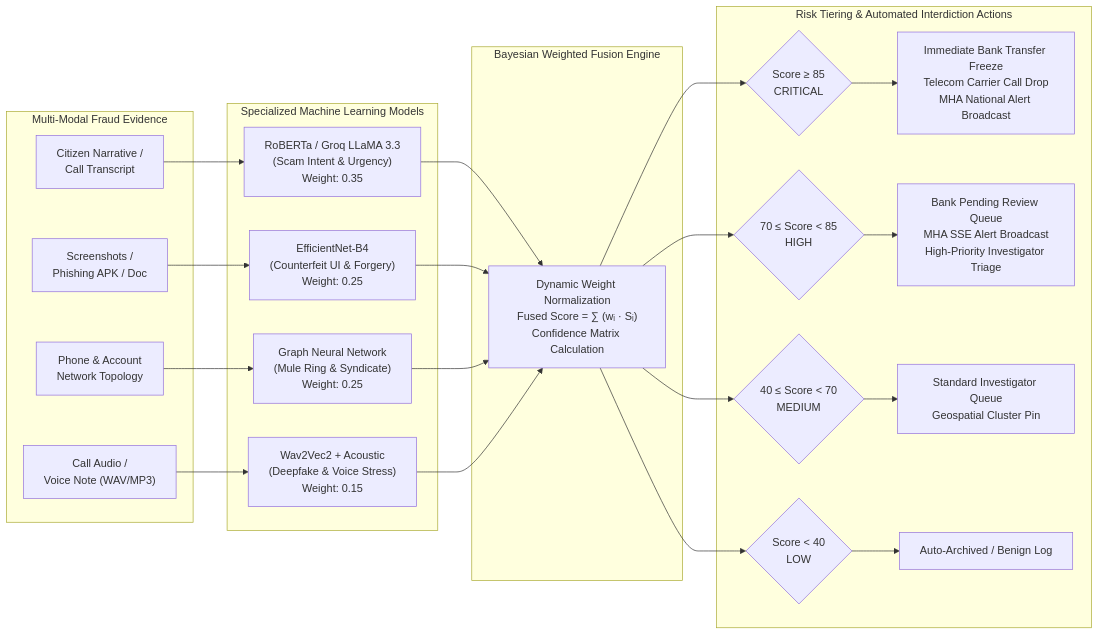
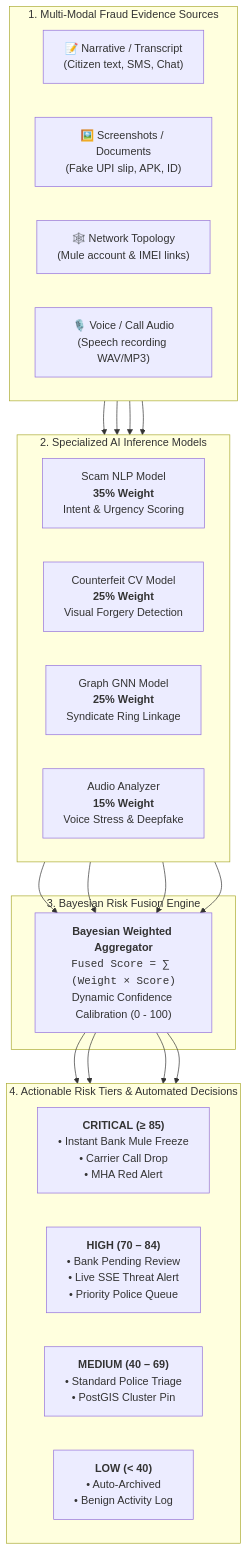
The third of 4 diagrams in README.md (surjit10/AI-Powered-Digital-Public-Safety-Platform), drawn with Mermaid before and after one commit. The commit also changed other lines of this file, not shown here.

Commit message:
docs: simplify and enhance all README architecture and sequence Mermaid diagrams

````diff
--- a/README.md
+++ b/README.md
@@ -225,49 +191,47 @@
 ```mermaid
-flowchart LR
-    subgraph Inputs ["Multi-Modal Fraud Evidence"]
-        In_Text["Citizen Narrative /\nCall Transcript"]
-        In_Image["Screenshots /\nPhishing APK / Doc"]
-        In_Graph["Phone & Account\nNetwork Topology"]
-        In_Audio["Call Audio /\nVoice Note (WAV/MP3)"]
+flowchart TD
+    %% Modalities
+    subgraph Evidence ["1. Multi-Modal Fraud Evidence Sources"]
+        direction LR
+        E_Text["📝 Narrative / Transcript<br/>(Citizen text, SMS, Chat)"]
+        E_Img["🖼️ Screenshots / Documents<br/>(Fake UPI slip, APK, ID)"]
+        E_Graph["🕸️ Network Topology<br/>(Mule account & IMEI links)"]
+        E_Audio["🎙️ Voice / Call Audio<br/>(Speech recording WAV/MP3)"]
     end
 
-    subgraph Models ["Specialized Machine Learning Models"]
-        M_NLP["RoBERTa / Groq LLaMA 3.3\n(Scam Intent & Urgency)\nWeight: 0.35"]
-        M_CV["EfficientNet-B4\n(Counterfeit UI & Forgery)\nWeight: 0.25"]
-        M_GNN["Graph Neural Network\n(Mule Ring & Syndicate)\nWeight: 0.25"]
-        M_Voice["Wav2Vec2 + Acoustic\n(Deepfake & Voice Stress)\nWeight: 0.15"]
+    %% AI Models
+    subgraph Models ["2. Specialized AI Inference Models"]
+        direction LR
+        M_NLP["Scam NLP Model<br/><b>35% Weight</b><br/>Intent & Urgency Scoring"]
+        M_CV["Counterfeit CV Model<br/><b>25% Weight</b><br/>Visual Forgery Detection"]
+        M_GNN["Graph GNN Model<br/><b>25% Weight</b><br/>Syndicate Ring Linkage"]
+        M_Audio["Audio Analyzer<br/><b>15% Weight</b><br/>Voice Stress & Deepfake"]
     end
 
-    subgraph Fusion ["Bayesian Weighted Fusion Engine"]
-        F_Calc["Dynamic Weight Normalization\nFused Score = ∑ (wᵢ · Sᵢ)\nConfidence Matrix Calculation"]
+    %% Fusion Engine
+    subgraph Fusion ["3. Bayesian Risk Fusion Engine"]
+        F_Engine["<b>Bayesian Weighted Aggregator</b><br/><code>Fused Score = ∑ (Weight × Score)</code><br/>Dynamic Confidence Calibration (0 - 100)"]
     end
 
-    subgraph Decision ["Risk Tiering & Automated Interdiction Actions"]
-        Tier_Crit{"Score ≥ 85\nCRITICAL"}
-        Tier_High{"70 ≤ Score < 85\nHIGH"}
-        Tier_Med{"40 ≤ Score < 70\nMEDIUM"}
-        Tier_Low{"Score < 40\nLOW"}
-        
-        Act_Crit["Immediate Bank Transfer Freeze\nTelecom Carrier Call Drop\nMHA National Alert Broadcast"]
-        Act_High["Bank Pending Review Queue\nMHA SSE Alert Broadcast\nHigh-Priority Investigator Triage"]
-        Act_Med["Standard Investigator Queue\nGeospatial Cluster Pin"]
-        Act_Low["Auto-Archived / Benign Log"]
+    %% Decision Matrix
+    subgraph Tiers ["4. Actionable Risk Tiers & Automated Decisions"]
+        direction LR
+        T_Crit["<b>CRITICAL (≥ 85)</b><br/>• Instant Bank Mule Freeze<br/>• Carrier Call Drop<br/>• MHA Red Alert"]
+        T_High["<b>HIGH (70 – 84)</b><br/>• Bank Pending Review<br/>• Live SSE Threat Alert<br/>• Priority Police Queue"]
+        T_Med["<b>MEDIUM (40 – 69)</b><br/>• Standard Police Triage<br/>• PostGIS Cluster Pin"]
+        T_Low["<b>LOW (< 40)</b><br/>• Auto-Archived<br/>• Benign Activity Log"]
     end
 
-    In_Text --> M_NLP
-    In_Image --> M_CV
-    In_Graph --> M_GNN
-    In_Audio --> M_Voice
+    %% Flow connections
+    E_Text --> M_NLP
+    E_Img --> M_CV
+    E_Graph --> M_GNN
+    E_Audio --> M_Audio
 
-    M_NLP & M_CV & M_GNN & M_Voice --> F_Calc
+    M_NLP & M_CV & M_GNN & M_Audio --> F_Engine
 
-    F_Calc --> Tier_Crit
-    F_Calc --> Tier_High
-    F_Calc --> Tier_Med
-    F_Calc --> Tier_Low
-
-    Tier_Crit --> Act_Crit
-    Tier_High --> Act_High
-    Tier_Med --> Act_Med
-    Tier_Low --> Act_Low
+    F_Engine --> T_Crit
+    F_Engine --> T_High
+    F_Engine --> T_Med
+    F_Engine --> T_Low
 ```
````
